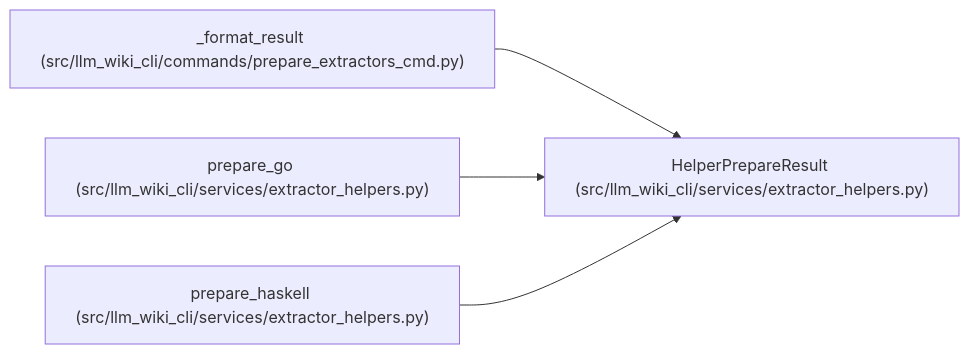
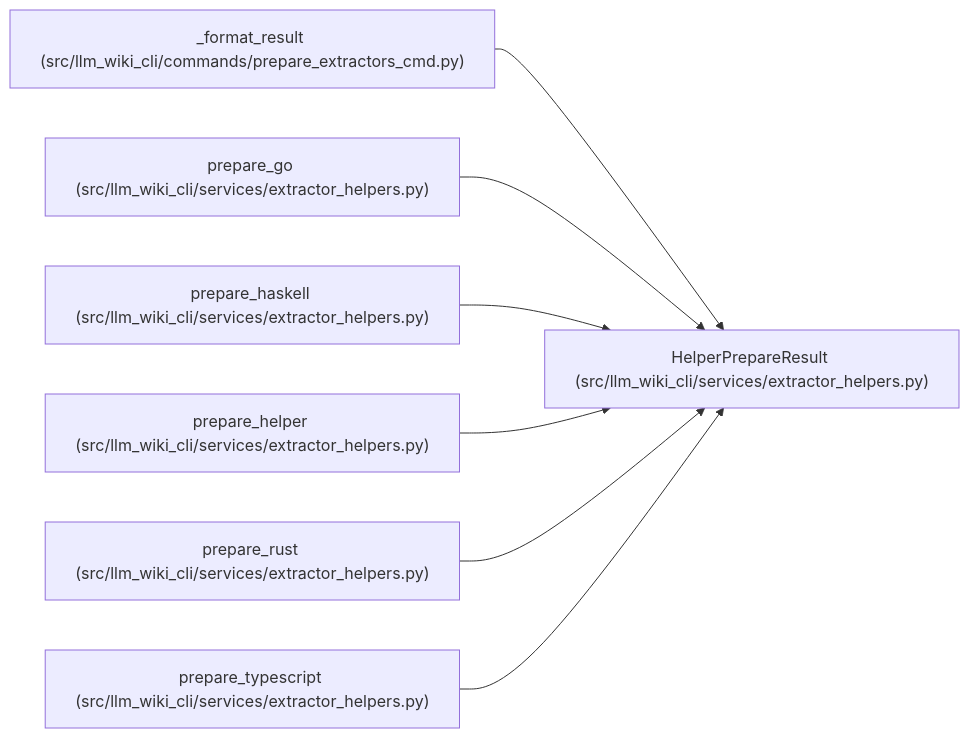
Before and after one commit to Denissvgn/python-wiki-llm: the diagram in docs/llm_wiki/entities/HelperPrepareResult.md, drawn with Mermaid. The commit also changed other lines of this file and 493 other files, not shown here.

````diff
--- a/docs/llm_wiki/entities/HelperPrepareResult.md
+++ b/docs/llm_wiki/entities/HelperPrepareResult.md
@@ -30,14 +30,23 @@
 ```mermaid
 flowchart LR
     n0["HelperPrepareResult (src/llm_wiki_cli/services/extractor_helpers.py)"]
     n1["_format_result (src/llm_wiki_cli/commands/prepare_extractors_cmd.py)"]
     n2["prepare_go (src/llm_wiki_cli/services/extractor_helpers.py)"]
     n3["prepare_haskell (src/llm_wiki_cli/services/extractor_helpers.py)"]
+    n4["prepare_helper (src/llm_wiki_cli/services/extractor_helpers.py)"]
+    n5["prepare_rust (src/llm_wiki_cli/services/extractor_helpers.py)"]
+    n6["prepare_typescript (src/llm_wiki_cli/services/extractor_helpers.py)"]
     n1 --> n0
     n2 --> n0
     n3 --> n0
+    n4 --> n0
+    n5 --> n0
+    n6 --> n0
     click n0 "../modules/extractor_helpers.md"
     click n1 "../modules/prepare_extractors_cmd.md"
     click n2 "../modules/extractor_helpers.md"
     click n3 "../modules/extractor_helpers.md"
+    click n4 "../modules/extractor_helpers.md"
+    click n5 "../modules/extractor_helpers.md"
+    click n6 "../modules/extractor_helpers.md"
 ```
````
